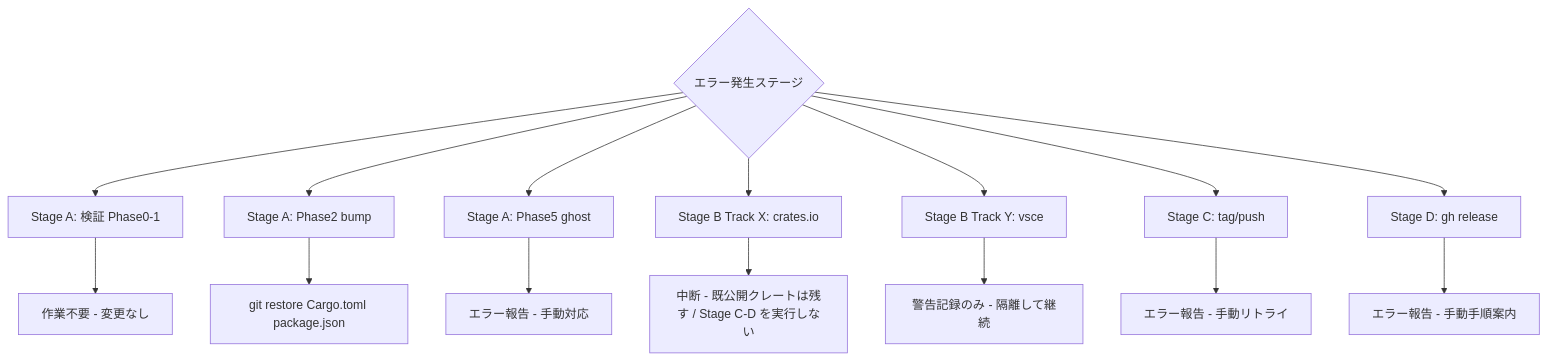
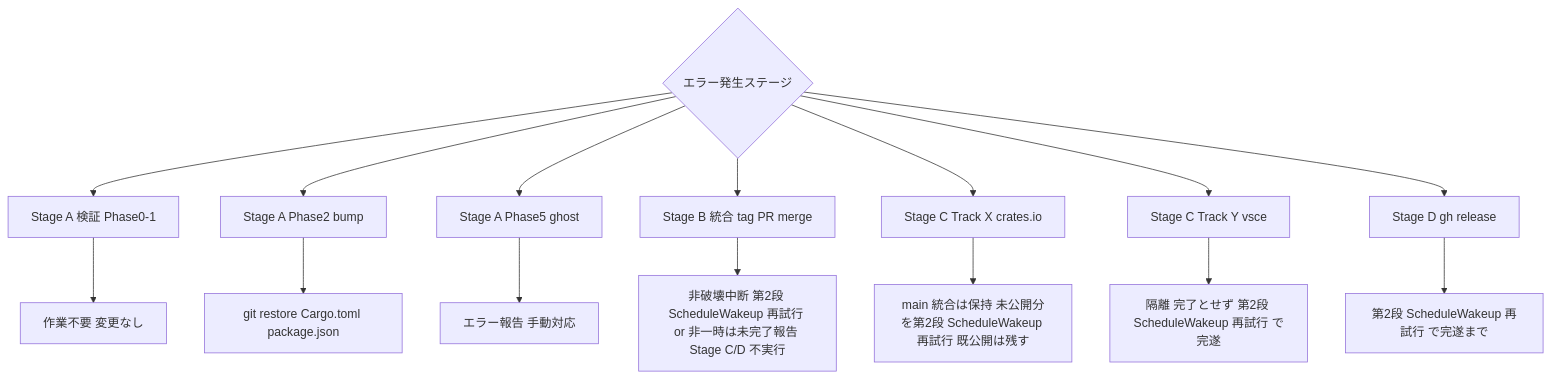
The third of 3 diagrams in .kiro/specs/release-workflow/design.md (ekicyou/pasta), drawn with Mermaid before and after one commit. The commit also changed other lines of this file and 6 other files, not shown here.

First line of the commit message:
feat(release-workflow): worktree execution + PR-merge integration with completion guarantee (Req10/11)

````diff
--- a/.kiro/specs/release-workflow/design.md
+++ b/.kiro/specs/release-workflow/design.md
@@ -259,18 +301,18 @@
 ```mermaid
 flowchart TD
-    A{エラー発生ステージ} --> B[Stage A: 検証 Phase0-1]
-    A --> C[Stage A: Phase2 bump]
-    A --> P5[Stage A: Phase5 ghost]
-    A --> X[Stage B Track X: crates.io]
-    A --> Y[Stage B Track Y: vsce]
-    A --> CC[Stage C: tag/push]
-    A --> D[Stage D: gh release]
+    A{エラー発生ステージ} --> B[Stage A 検証 Phase0-1]
+    A --> C[Stage A Phase2 bump]
+    A --> P5[Stage A Phase5 ghost]
+    A --> INT[Stage B 統合 tag PR merge]
+    A --> X[Stage C Track X crates.io]
+    A --> Y[Stage C Track Y vsce]
+    A --> D[Stage D gh release]
 
-    B --> B1[作業不要 - 変更なし]
+    B --> B1[作業不要 変更なし]
     C --> C1[git restore Cargo.toml package.json]
-    P5 --> P51[エラー報告 - 手動対応]
-    X --> X1[中断 - 既公開クレートは残す / Stage C-D を実行しない]
-    Y --> Y1[警告記録のみ - 隔離して継続]
-    CC --> CC1[エラー報告 - 手動リトライ]
-    D --> D1[エラー報告 - 手動手順案内]
+    P5 --> P51[エラー報告 手動対応]
+    INT --> INT1[非破壊中断 第2段 ScheduleWakeup 再試行 or 非一時は未完了報告 Stage C/D 不実行]
+    X --> X1[main 統合は保持 未公開分を第2段 ScheduleWakeup 再試行 既公開は残す]
+    Y --> Y1[隔離 完了とせず 第2段 ScheduleWakeup 再試行 で完遂]
+    D --> D1[第2段 ScheduleWakeup 再試行 で完遂まで]
 ```
````
